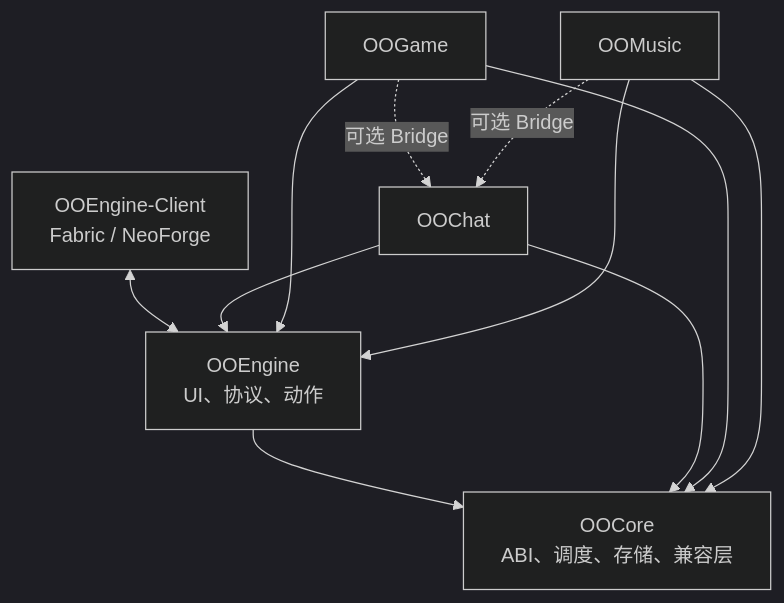
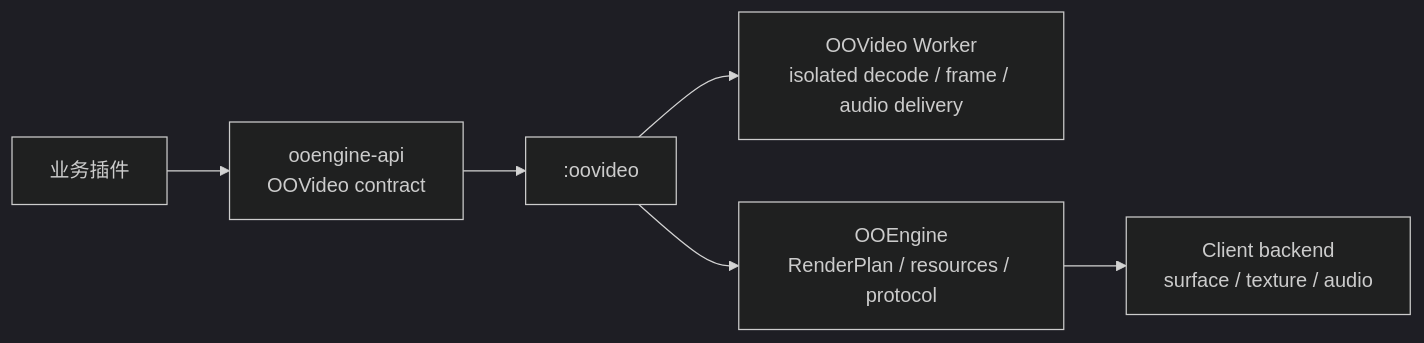
Before and after one commit to Meowopia/OOWiki: the third of 3 diagrams in docs/architecture.md, drawn with Mermaid (dark theme). The commit also changed other lines of this file and 33 other files, not shown here.

Commit message:
docs: synchronize OO ecosystem architecture and status

````diff
--- a/docs/architecture.md
+++ b/docs/architecture.md
@@ -3,13 +83,8 @@
 ```mermaid
-flowchart TD
-  Client["OOEngine-Client<br/>Fabric / NeoForge"] <--> Engine["OOEngine<br/>UI、协议、动作"]
-  Engine --> Core["OOCore<br/>ABI、调度、存储、兼容层"]
-  Chat["OOChat"] --> Engine
-  Chat --> Core
-  Game["OOGame"] --> Engine
-  Game --> Core
-  Music["OOMusic"] --> Engine
-  Music --> Core
-  Game -.可选 Bridge.-> Chat
-  Music -.可选 Bridge.-> Chat
+flowchart LR
+  Plugin["业务插件"] --> API["ooengine-api<br/>OOVideo contract"]
+  API --> VideoImpl[":oovideo"]
+  VideoImpl --> Worker["OOVideo Worker<br/>isolated decode / frame / audio delivery"]
+  VideoImpl --> EngineMedia["OOEngine<br/>RenderPlan / resources / protocol"]
+  EngineMedia --> Client["Client backend<br/>surface / texture / audio"]
 ```
````
